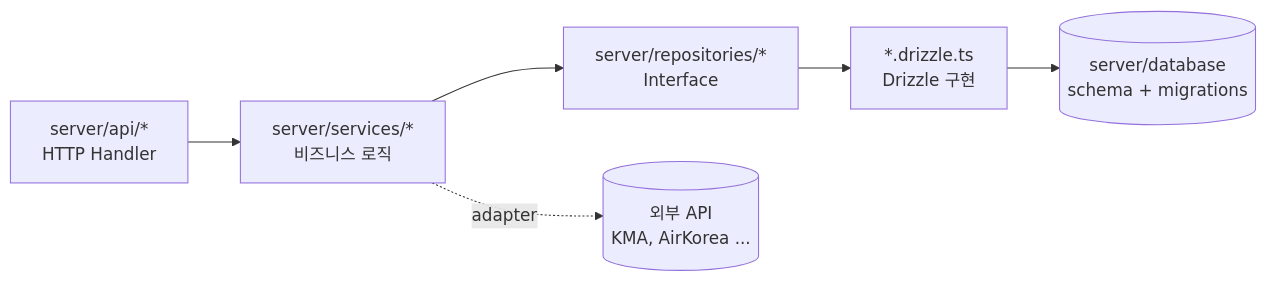
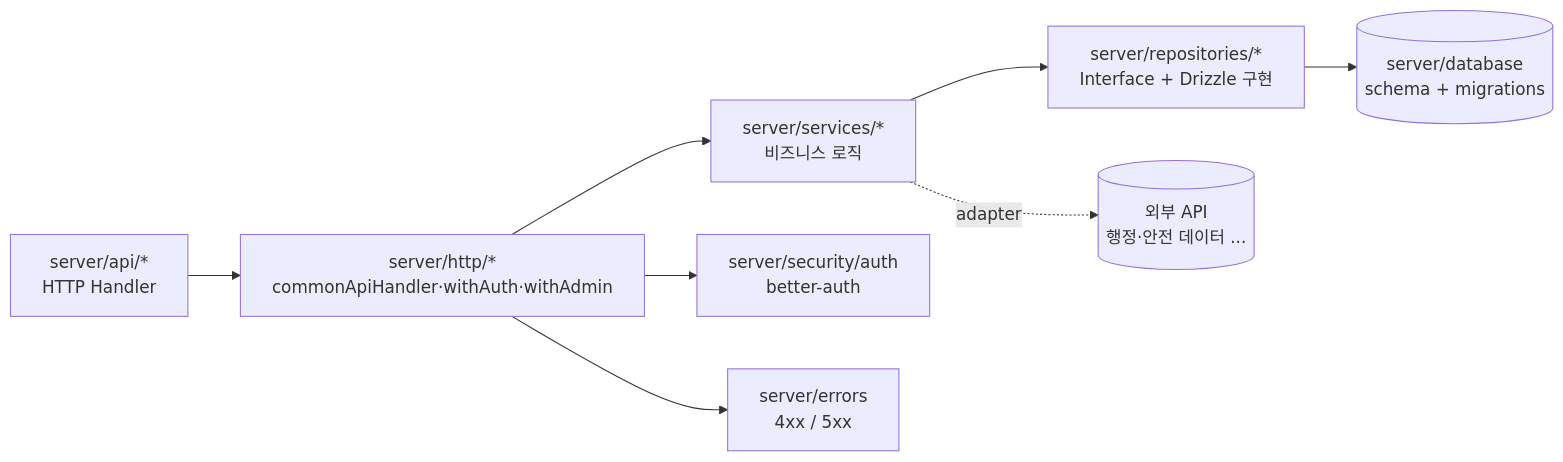
Before and after one commit to gomj-runnable/runnable2.0: the diagram in docs/wiki/4-Server.md, drawn with Mermaid. The commit also changed other lines of this file and 15 other files, not shown here.

````diff
--- a/docs/wiki/4-Server.md
+++ b/docs/wiki/4-Server.md
@@ -67,8 +293,10 @@
 ```mermaid
 flowchart LR
-    H[server/api/*<br/>HTTP Handler] --> S[server/services/*<br/>비즈니스 로직]
-    S --> R[server/repositories/*<br/>Interface]
-    R --> Imp[*.drizzle.ts<br/>Drizzle 구현]
-    Imp --> DB[(server/database<br/>schema + migrations)]
-    S -.adapter.-> Ext[(외부 API<br/>KMA, AirKorea ...)]
+    H[server/api/*<br/>HTTP Handler] --> W[server/http/*<br/>commonApiHandler·withAuth·withAdmin]
+    W --> S[server/services/*<br/>비즈니스 로직]
+    S --> R[server/repositories/*<br/>Interface + Drizzle 구현]
+    R --> DB[(server/database<br/>schema + migrations)]
+    S -.adapter.-> Ext[(외부 API<br/>행정·안전 데이터 ...)]
+    W --> A[server/security/auth<br/>better-auth]
+    W --> E[server/errors<br/>4xx / 5xx]
 ```
````
